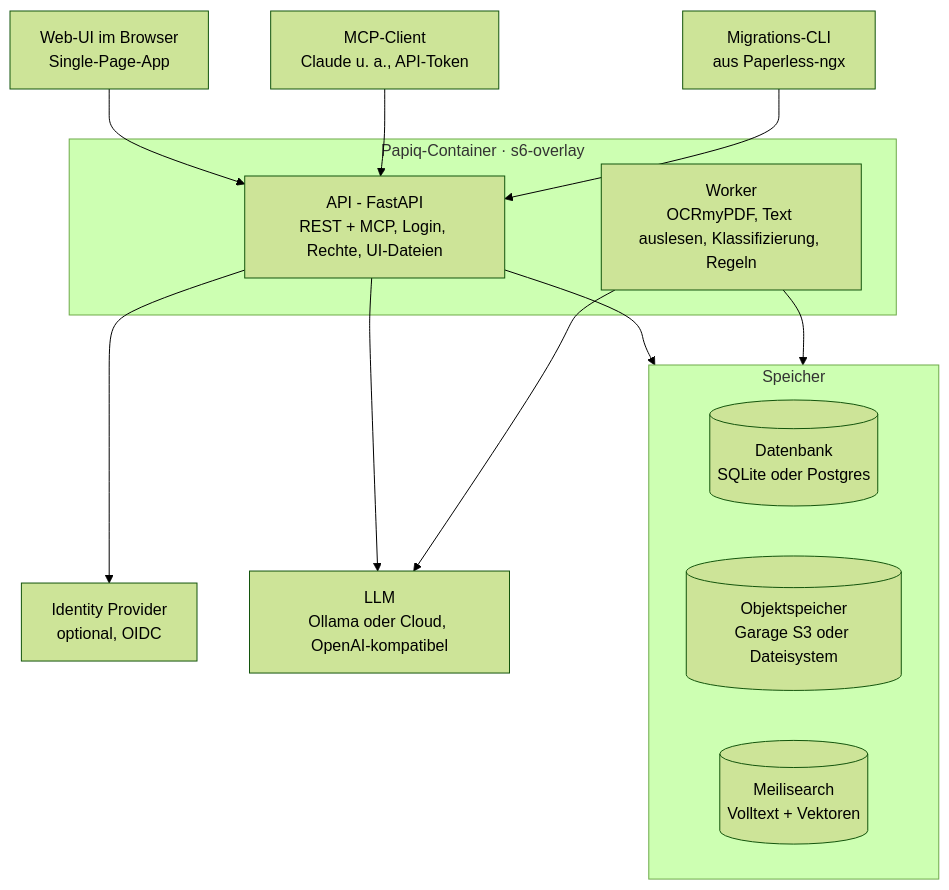
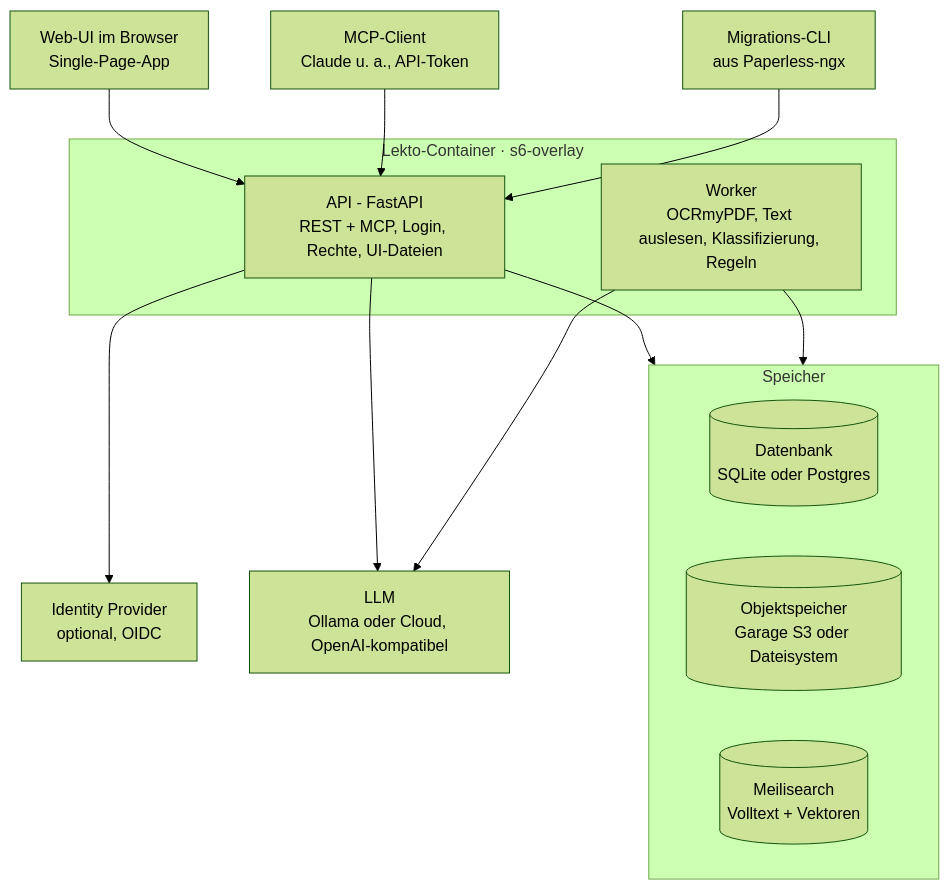
One commit to tb1337/lekto-dms changed the diagram in .idea/architektur.md. Above: the diagram before and after it, drawn with Mermaid (forest theme). The commit also changed other lines of this file and 24 other files, not shown here.

First line of the commit message:
Rename Papiq to Lekto in the design documents

````diff
--- a/.idea/architektur.md
+++ b/.idea/architektur.md
@@ -22,25 +24,25 @@
 ```mermaid
 flowchart TB
     ui[Web-UI im Browser<br/>Single-Page-App]
     mcp[MCP-Client<br/>Claude u. a., API-Token]
     cli[Migrations-CLI<br/>aus Paperless-ngx]
-    subgraph papiq[Papiq-Container · s6-overlay]
+    subgraph lekto[Lekto-Container · s6-overlay]
         api[API - FastAPI<br/>REST + MCP, Login, Rechte, UI-Dateien]
         worker[Worker<br/>OCRmyPDF, Text auslesen, Klassifizierung, Regeln]
     end
     idp[Identity Provider<br/>optional, OIDC]
     llm[LLM<br/>Ollama oder Cloud, OpenAI-kompatibel]
     subgraph speicher[Speicher]
         db[(Datenbank<br/>SQLite oder Postgres)]
         s3[(Objektspeicher<br/>Garage S3 oder Dateisystem)]
         search[(Meilisearch<br/>Volltext + Vektoren)]
     end
     ui --> api
     mcp --> api
     cli --> api
     api --> idp
     api --> llm
     worker --> llm
     api --> speicher
     worker --> speicher
 ```
````
